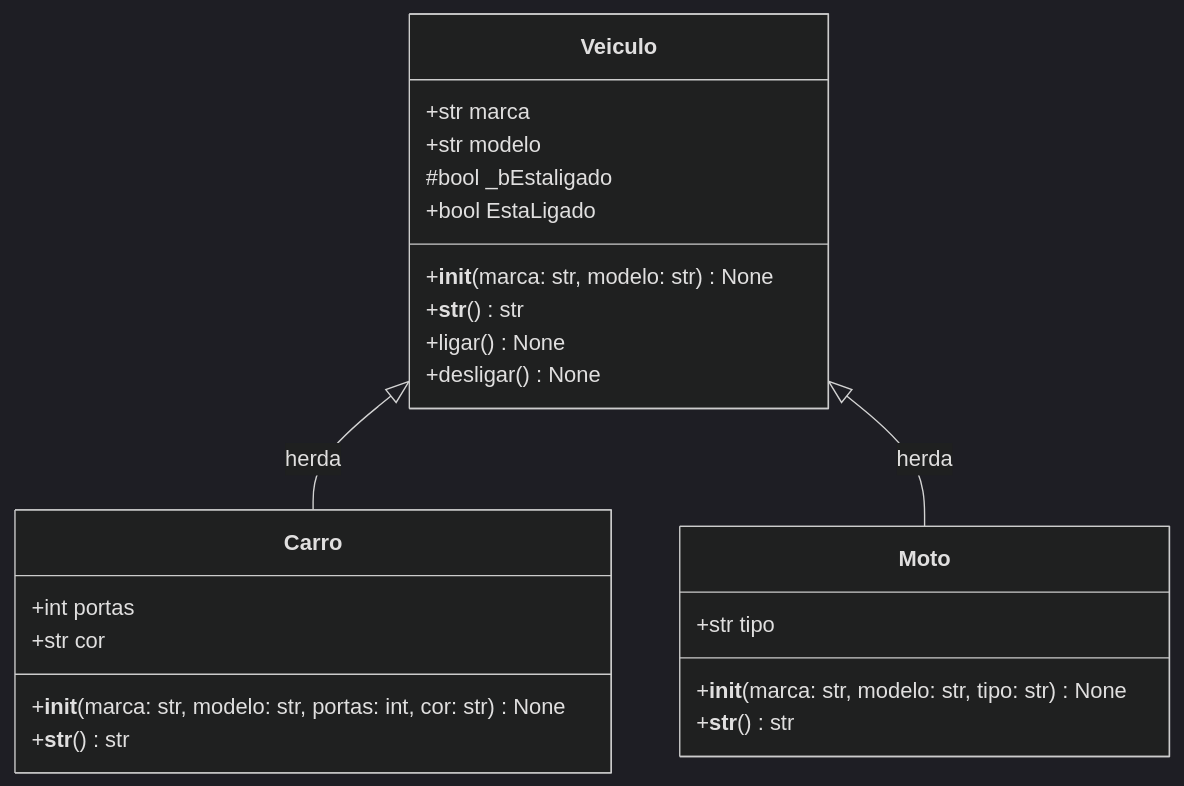
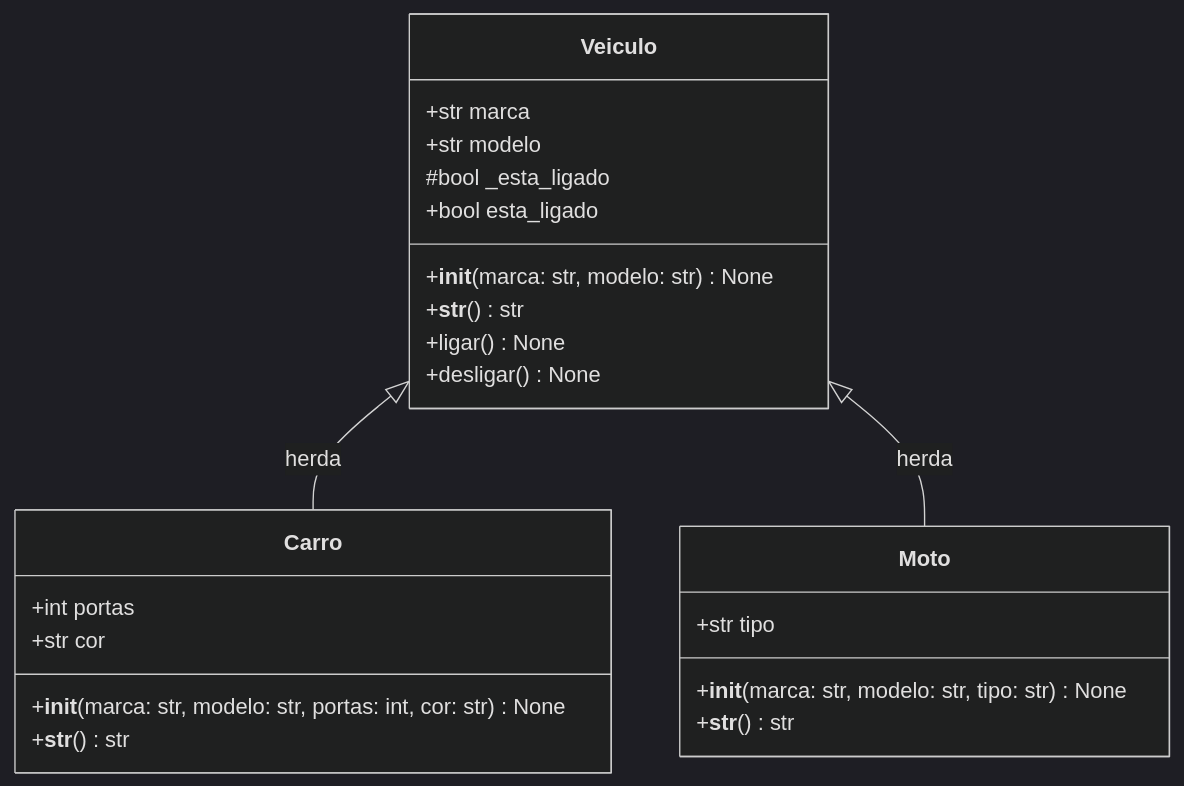
Before and after one commit to marcuswlima/learning: the second of 3 diagrams in python/alura/carreira/NIVEL1/03-objetos-API/VEICULOS/README.md, drawn with Mermaid (dark theme). The commit also changed other lines of this file and 1 other file, not shown here.

````diff
--- a/python/alura/carreira/NIVEL1/03-objetos-API/VEICULOS/README.md
+++ b/python/alura/carreira/NIVEL1/03-objetos-API/VEICULOS/README.md
@@ -49,31 +49,31 @@
 ```mermaid
 classDiagram
     direction TB
 
     class Veiculo {
         +str marca
         +str modelo
-        #bool _bEstaligado
-        +bool EstaLigado
+        #bool _esta_ligado
+        +bool esta_ligado
         +__init__(marca: str, modelo: str) None
         +__str__() str
         +ligar() None
         +desligar() None
     }
 
     class Carro {
         +int portas
         +str cor
         +__init__(marca: str, modelo: str, portas: int, cor: str) None
         +__str__() str
     }
 
     class Moto {
         +str tipo
         +__init__(marca: str, modelo: str, tipo: str) None
         +__str__() str
     }
 
     Veiculo <|-- Carro : herda
     Veiculo <|-- Moto : herda
 ```
````
